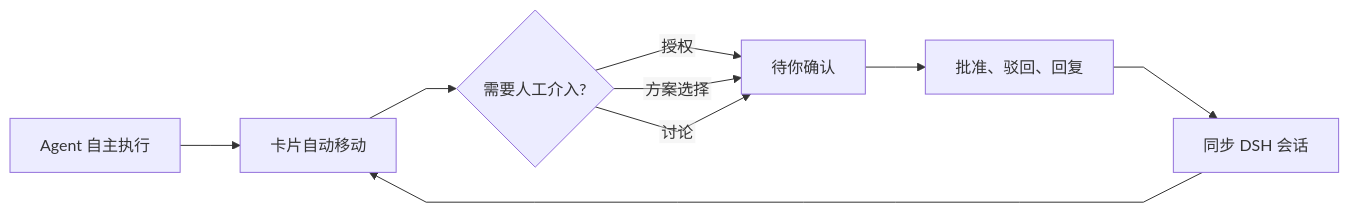
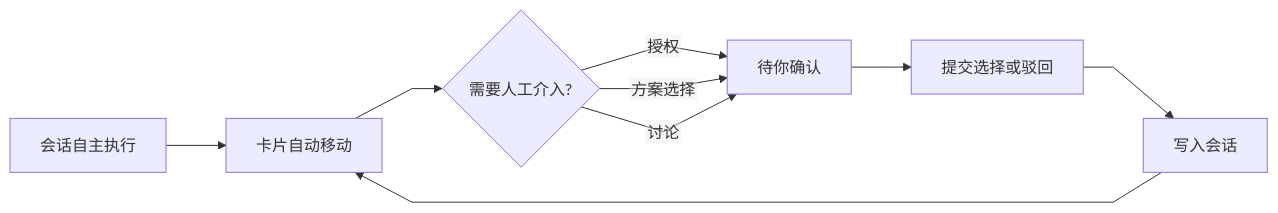
Before and after one commit to roxorlt/dsh-kanban: the diagram in docs/03-design-system.md, drawn with Mermaid. The commit also changed other lines of this file and 92 other files, not shown here.

````diff
--- a/docs/03-design-system.md
+++ b/docs/03-design-system.md
@@ -47,12 +59,12 @@
 ```mermaid
 %%{init: {"flowchart": {"curve": "linear", "htmlLabels": false, "nodeSpacing": 50, "rankSpacing": 60}}}%%
 flowchart LR
-  A[Agent 自主执行] --> B[卡片自动移动]
+  A[会话自主执行] --> B[卡片自动移动]
   B --> C{需要人工介入?}
   C -->|授权| D[待你确认]
   C -->|方案选择| D
   C -->|讨论| D
-  D --> E[批准、驳回、回复]
-  E --> F[同步 DSH 会话]
+  D --> E[提交选择或驳回]
+  E --> F[写入会话]
   F --> B
 ```
````
